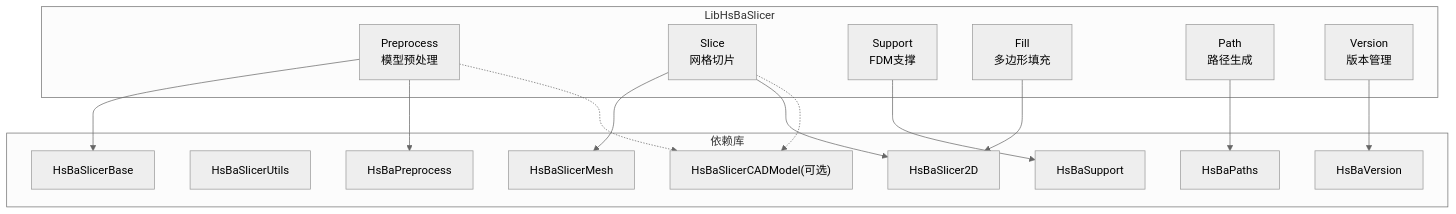
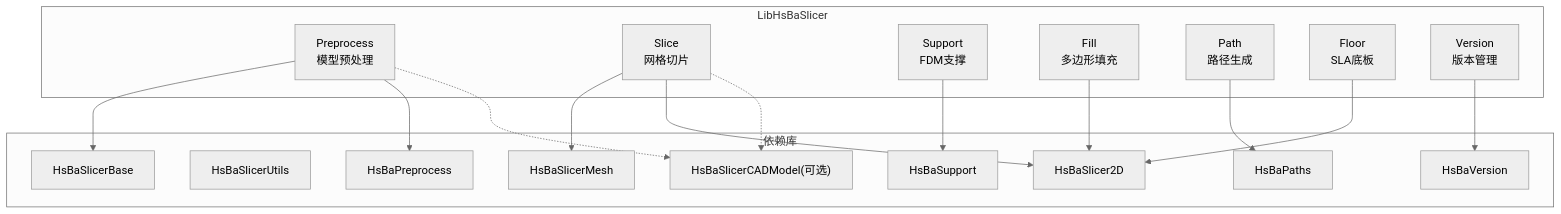
Before and after one commit to hsmbanlance/HsBaSlicer: the first of 12 diagrams in .qoder/repowiki/zh/content/核心模块详解/LibHsBaSlicer核心库文档.md, drawn with Mermaid (neutral theme). The commit also changed other lines of this file and 19 other files, not shown here.

````diff
--- a/.qoder/repowiki/zh/content/核心模块详解/LibHsBaSlicer核心库文档.md
+++ b/.qoder/repowiki/zh/content/核心模块详解/LibHsBaSlicer核心库文档.md
@@ -60,32 +67,34 @@
 ```mermaid
 graph TB
 subgraph "LibHsBaSlicer"
 A["Preprocess<br/>模型预处理"]
 B["Slice<br/>网格切片"]
 C["Support<br/>FDM支撑"]
 D["Fill<br/>多边形填充"]
 E["Path<br/>路径生成"]
-V["Version<br/>版本管理"]
+F["Floor<br/>SLA底板"]
+G["Version<br/>版本管理"]
 end
 subgraph "依赖库"
 L1["HsBaSlicerBase"]
 L2["HsBaSlicerUtils"]
 L3["HsBaSlicerMesh"]
 L4["HsBaSlicer2D"]
 L5["HsBaPreprocess"]
 L6["HsBaSupport"]
 L7["HsBaPaths"]
 L8["HsBaSlicerCADModel(可选)"]
 L9["HsBaVersion"]
 end
 A --> L1
 A --> L5
 B --> L3
 B --> L4
 C --> L6
 D --> L4
 E --> L7
-V --> L9
+F --> L4
+G --> L9
 A -.-> L8
 B -.-> L8
 ```
````
